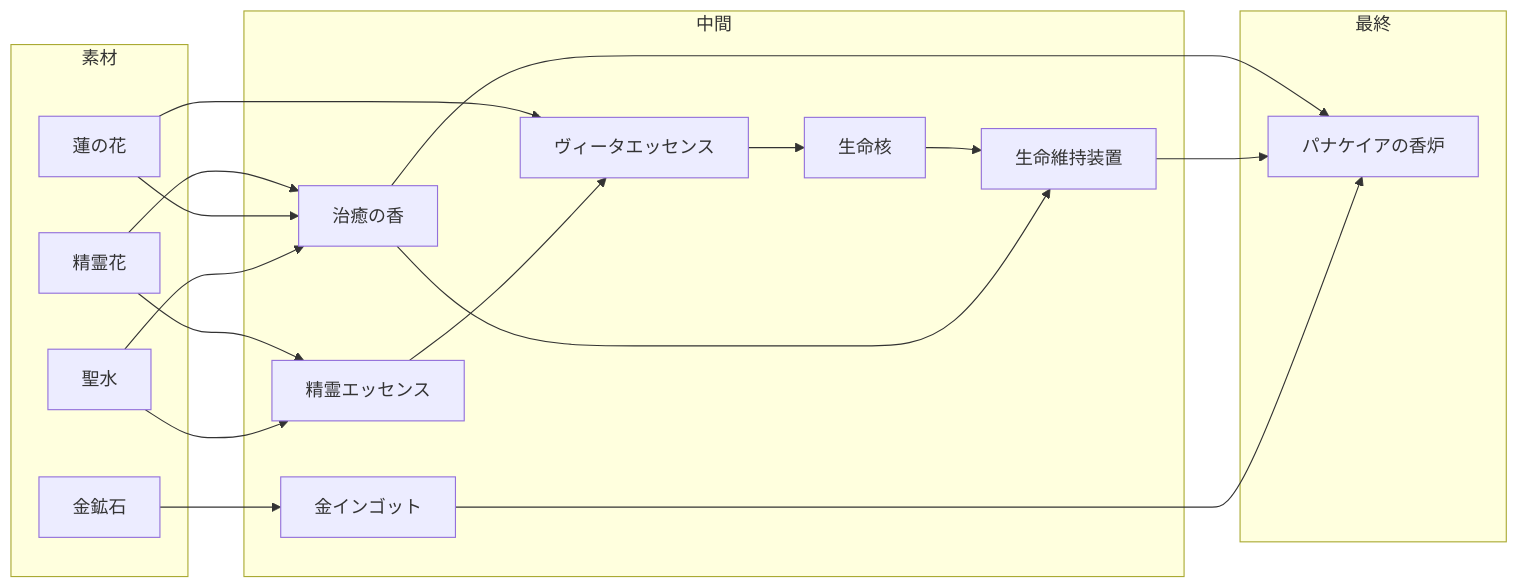
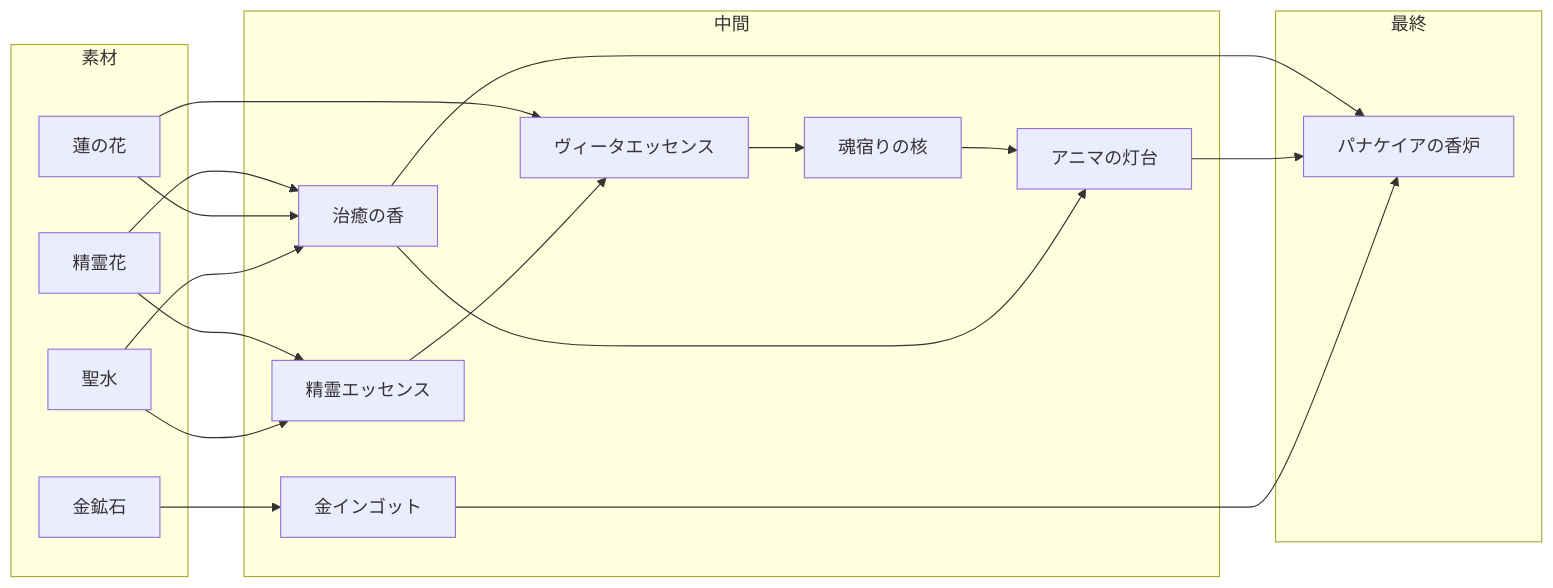
The eighth of 10 diagrams in documents/alchemy_tree_design.md (jonigata/Atelier), drawn with Mermaid before and after one commit. The commit also changed other lines of this file, not shown here.

````diff
--- a/documents/alchemy_tree_design.md
+++ b/documents/alchemy_tree_design.md
@@ -310,35 +310,35 @@
 ```mermaid
 flowchart LR
     subgraph 素材
         spirit[精霊花]
         lotus[蓮の花]
         holy[聖水]
         gold[金鉱石]
     end
 
     subgraph 中間
         spirit_e[精霊エッセンス]
         life_e[ヴィータエッセンス]
-        life_c[生命核]
+        life_c[魂宿りの核]
         incense[治癒の香]
-        life_s[生命維持装置]
+        life_s[アニマの灯台]
         gold_i[金インゴット]
     end
 
     subgraph 最終
         censer[パナケイアの香炉]
     end
 
     spirit --> spirit_e
     holy --> spirit_e
     spirit --> incense
     lotus --> incense
     holy --> incense
     lotus --> life_e
     spirit_e --> life_e --> life_c --> life_s
     incense --> life_s
     gold --> gold_i
     incense --> censer
     life_s --> censer
     gold_i --> censer
 ```
````
